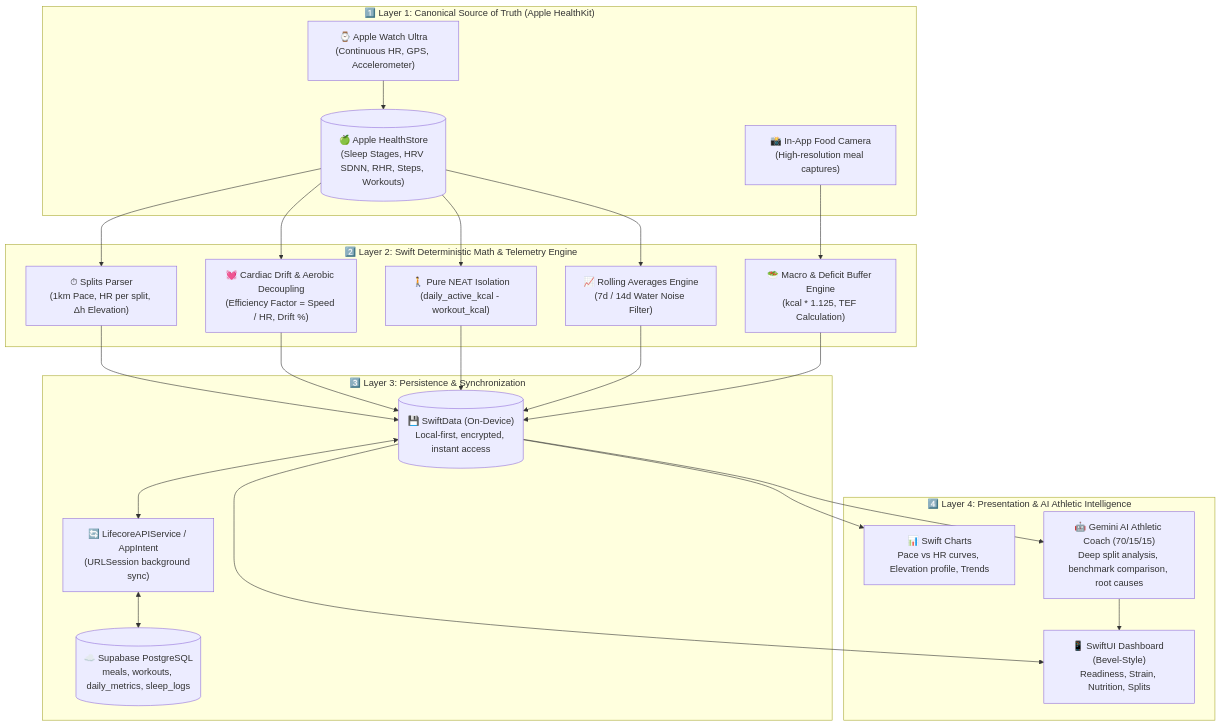
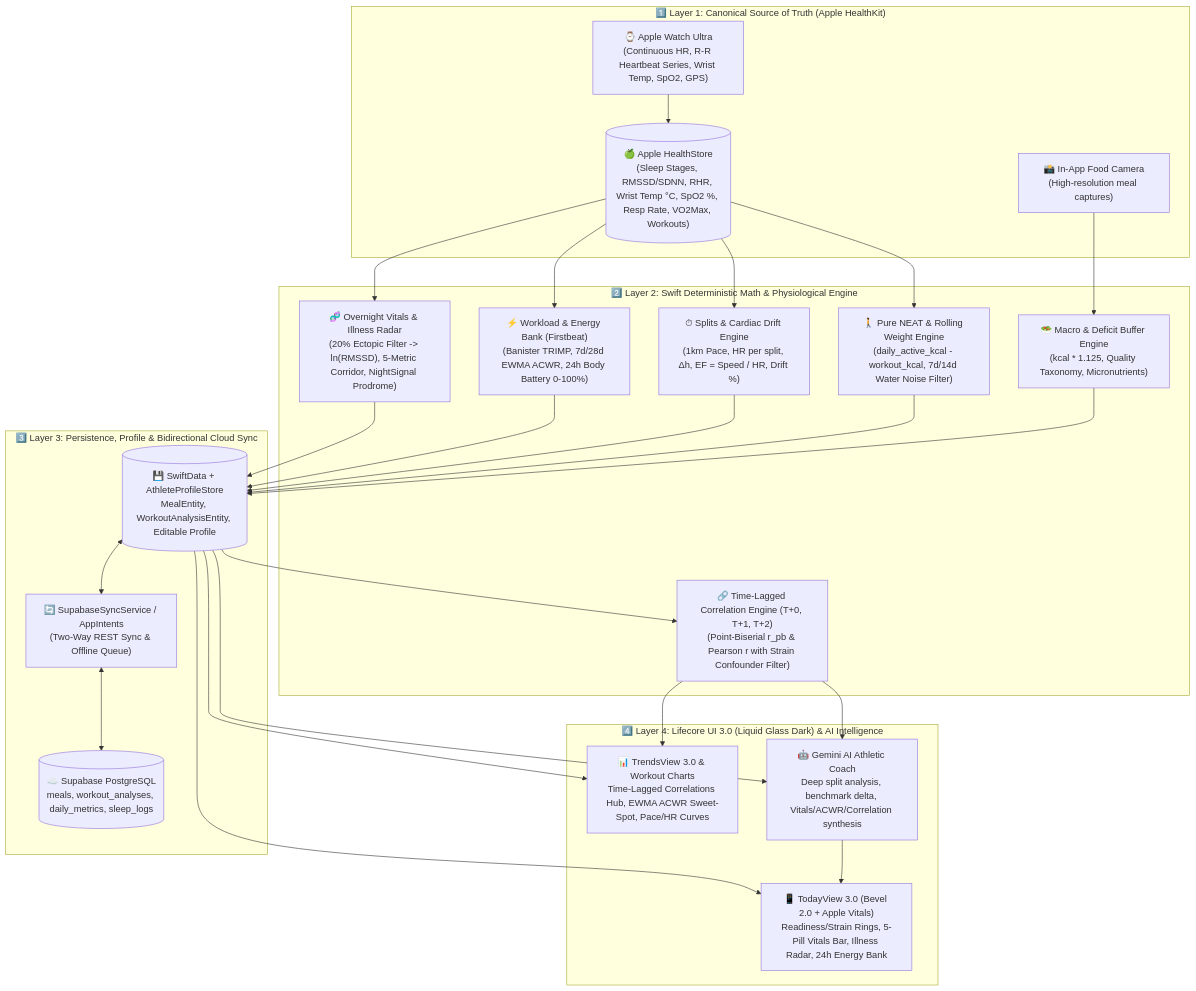
One commit to skycherepanya/calories-bot-mvp changed the diagram in docs/ARCHITECTURE.md. Above: the diagram before and after it, drawn with Mermaid. The commit also changed other lines of this file and 8 other files, not shown here.

Commit message:
docs: add Lifecore 3.0 physiological engine spec, implementation plan, and roadmap integration

````diff
--- a/docs/ARCHITECTURE.md
+++ b/docs/ARCHITECTURE.md
@@ -24,49 +24,53 @@
 ```mermaid
 flowchart TD
     subgraph Layer1 ["1️⃣ Layer 1: Canonical Source of Truth (Apple HealthKit)"]
-        Watch["⌚️ Apple Watch Ultra\n(Continuous HR, GPS, Accelerometer)"]
-        HKStore[("🍏 Apple HealthStore\n(Sleep Stages, HRV SDNN, RHR, Steps, Workouts)")]
+        Watch["⌚️ Apple Watch Ultra\n(Continuous HR, R-R Heartbeat Series, Wrist Temp, SpO2, GPS)"]
+        HKStore[("🍏 Apple HealthStore\n(Sleep Stages, RMSSD/SDNN, RHR, Wrist Temp °C, SpO2 %, Resp Rate, VO2Max, Workouts)")]
         Camera["📸 In-App Food Camera\n(High-resolution meal captures)"]
         Watch --> HKStore
     end
 
-    subgraph Layer2 ["2️⃣ Layer 2: Swift Deterministic Math & Telemetry Engine"]
-        SplitEngine["⏱ Splits Parser\n(1km Pace, HR per split, Δh Elevation)"]
-        DriftEngine["💓 Cardiac Drift & Aerobic Decoupling\n(Efficiency Factor = Speed / HR, Drift %)"]
-        NEATEngine["🚶 Pure NEAT Isolation\n(daily_active_kcal - workout_kcal)"]
-        RollingEngine["📈 Rolling Averages Engine\n(7d / 14d Water Noise Filter)"]
-        MacroEngine["🥗 Macro & Deficit Buffer Engine\n(kcal * 1.125, TEF Calculation)"]
+    subgraph Layer2 ["2️⃣ Layer 2: Swift Deterministic Math & Physiological Engine"]
+        VitalsEngine["🧬 Overnight Vitals & Illness Radar\n(20% Ectopic Filter -> ln(RMSSD), 5-Metric Corridor, NightSignal Prodrome)"]
+        WorkloadEngine["⚡ Workload & Energy Bank (Firstbeat)\n(Banister TRIMP, 7d/28d EWMA ACWR, 24h Body Battery 0-100%)"]
+        SplitEngine["⏱ Splits & Cardiac Drift Engine\n(1km Pace, HR per split, Δh, EF = Speed / HR, Drift %)"]
+        CorrEngine["🔗 Time-Lagged Correlation Engine (T+0, T+1, T+2)\n(Point-Biserial r_pb & Pearson r with Strain Confounder Filter)"]
+        NEATEngine["🚶 Pure NEAT & Rolling Weight Engine\n(daily_active_kcal - workout_kcal, 7d/14d Water Noise Filter)"]
+        MacroEngine["🥗 Macro & Deficit Buffer Engine\n(kcal * 1.125, Quality Taxonomy, Micronutrients)"]
     end
 
-    subgraph Layer3 ["3️⃣ Layer 3: Persistence & Synchronization"]
-        SwiftData[("💾 SwiftData (On-Device)\nLocal-first, encrypted, instant access")]
-        SyncService["🔄 LifecoreAPIService / AppIntent\n(URLSession background sync)"]
-        SupaDB[("☁️ Supabase PostgreSQL\nmeals, workouts, daily_metrics, sleep_logs")]
+    subgraph Layer3 ["3️⃣ Layer 3: Persistence, Profile & Bidirectional Cloud Sync"]
+        SwiftData[("💾 SwiftData + AthleteProfileStore\nMealEntity, WorkoutAnalysisEntity, Editable Profile")]
+        SyncService["🔄 SupabaseSyncService / AppIntents\n(Two-Way REST Sync & Offline Queue)"]
+        SupaDB[("☁️ Supabase PostgreSQL\nmeals, workout_analyses, daily_metrics, sleep_logs")]
     end
 
-    subgraph Layer4 ["4️⃣ Layer 4: Presentation & AI Athletic Intelligence"]
-        Dashboard["📱 SwiftUI Dashboard (Bevel-Style)\nReadiness, Strain, Nutrition, Splits"]
-        Charts["📊 Swift Charts\nPace vs HR curves, Elevation profile, Trends"]
-        GeminiProxy["🤖 Gemini AI Athletic Coach (70/15/15)\nDeep split analysis, benchmark comparison, root causes"]
+    subgraph Layer4 ["4️⃣ Layer 4: Lifecore UI 3.0 (Liquid Glass Dark) & AI Intelligence"]
+        Dashboard["📱 TodayView 3.0 (Bevel 2.0 + Apple Vitals)\nReadiness/Strain Rings, 5-Pill Vitals Bar, Illness Radar, 24h Energy Bank"]
+        TrendsHub["📊 TrendsView 3.0 & Workout Charts\nTime-Lagged Correlations Hub, EWMA ACWR Sweet-Spot, Pace/HR Curves"]
+        GeminiProxy["🤖 Gemini AI Athletic Coach\nDeep split analysis, benchmark delta, Vitals/ACWR/Correlation synthesis"]
     end
 
+    HKStore --> VitalsEngine
+    HKStore --> WorkloadEngine
     HKStore --> SplitEngine
-    HKStore --> DriftEngine
     HKStore --> NEATEngine
-    HKStore --> RollingEngine
     Camera --> MacroEngine
 
+    VitalsEngine --> SwiftData
+    WorkloadEngine --> SwiftData
     SplitEngine --> SwiftData
-    DriftEngine --> SwiftData
     NEATEngine --> SwiftData
-    RollingEngine --> SwiftData
     MacroEngine --> SwiftData
+    SwiftData --> CorrEngine
 
     SwiftData <--> SyncService
     SyncService <--> SupaDB
 
     SwiftData --> Dashboard
-    SwiftData --> Charts
+    SwiftData --> TrendsHub
+    CorrEngine --> TrendsHub
+    CorrEngine --> GeminiProxy
     SwiftData --> GeminiProxy
     GeminiProxy --> Dashboard
 ```
````
